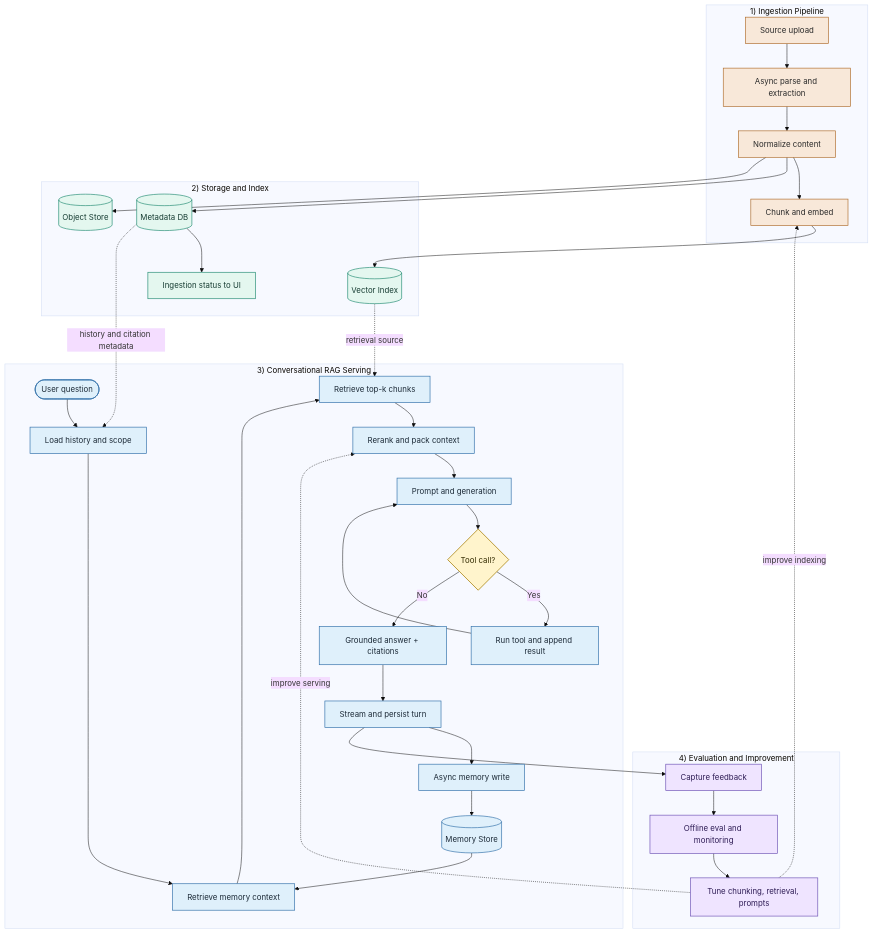
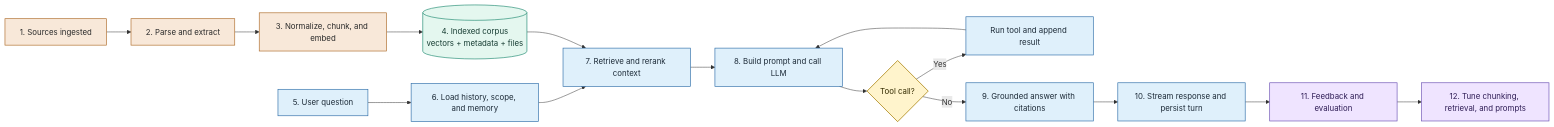
Before and after one commit to AquiLLM/AquiLLM: the second of 3 diagrams in docs/documents/architecture/aquillm-architecture-paper-simplified.md, drawn with Mermaid.

Commit message:
Docs: Attempt to fix github chart rendering again

````diff
--- a/docs/documents/architecture/aquillm-architecture-paper-simplified.md
+++ b/docs/documents/architecture/aquillm-architecture-paper-simplified.md
@@ -72,66 +72,30 @@
 ```mermaid
-%%{init: {'theme': 'base', 'flowchart': {'curve': 'basis'}} }%%
-flowchart TB
-  subgraph A["1) Ingestion Pipeline"]
-    I1["Source upload"]
-    I2["Async parse and extraction"]
-    I3["Normalize content"]
-    I4["Chunk and embed"]
-    I1 --> I2 --> I3 --> I4
-  end
+flowchart LR
+  A["1. Sources ingested"] --> B["2. Parse and extract"]
+  B --> C["3. Normalize, chunk, and embed"]
+  C --> D[("4. Indexed corpus<br/>vectors + metadata + files")]
 
-  subgraph B["2) Storage and Index"]
-    S1[("Vector Index")]
-    S2[("Metadata DB")]
-    S3[("Object Store")]
-    S4["Ingestion status to UI"]
-  end
-
-  subgraph C["3) Conversational RAG Serving"]
-    Q1(["User question"])
-    Q2["Load history and scope"]
-    Q3["Retrieve memory context"]
-    Q4["Retrieve top-k chunks"]
-    Q5["Rerank and pack context"]
-    Q6["Prompt and generation"]
-    D{"Tool call?"}
-    T["Run tool and append result"]
-    Q7["Grounded answer + citations"]
-    Q8["Stream and persist turn"]
-    M1["Async memory write"]
-    M2[("Memory Store")]
-
-    Q1 --> Q2 --> Q3 --> Q4 --> Q5 --> Q6 --> D
-    D -->|Yes| T --> Q6
-    D -->|No| Q7 --> Q8 --> M1 --> M2 --> Q3
-  end
-
-  subgraph D1["4) Evaluation and Improvement"]
-    E1["Capture feedback"]
-    E2["Offline eval and monitoring"]
-    E3["Tune chunking, retrieval, prompts"]
-    E1 --> E2 --> E3
-  end
-
-  I3 --> S2
-  I3 --> S3
-  I4 --> S1
-  S2 --> S4
-  S2 -. history and citation metadata .-> Q2
-  S1 -. retrieval source .-> Q4
-  Q8 --> E1
-  E3 -. improve indexing .-> I4
-  E3 -. improve serving .-> Q5
+  E["5. User question"] --> F["6. Load history, scope, and memory"]
+  F --> G["7. Retrieve and rerank context"]
+  D --> G
+  G --> H["8. Build prompt and call LLM"]
+  H --> I{"Tool call?"}
+  I -->|Yes| J["Run tool and append result"]
+  J --> H
+  I -->|No| K["9. Grounded answer with citations"]
+  K --> L["10. Stream response and persist turn"]
+  L --> M["11. Feedback and evaluation"]
+  M --> N["12. Tune chunking, retrieval, and prompts"]
 
   classDef ingest fill:#f8e8d9,stroke:#ad6a28,stroke-width:1.3px,color:#2a2a2a;
   classDef store fill:#e4f7ef,stroke:#1f8a70,stroke-width:1.3px,color:#173d33;
   classDef runtime fill:#dff0fb,stroke:#2d6da8,stroke-width:1.3px,color:#1d2b38;
   classDef decision fill:#fff4cc,stroke:#a67c00,stroke-width:1.5px,color:#332b00;
   classDef eval fill:#efe4ff,stroke:#6a4fb3,stroke-width:1.3px,color:#2f1d56;
 
-  class I1,I2,I3,I4 ingest;
-  class S1,S2,S3,S4 store;
-  class Q1,Q2,Q3,Q4,Q5,Q6,Q7,Q8,T,M1,M2 runtime;
-  class D decision;
-  class E1,E2,E3 eval;
+  class A,B,C ingest;
+  class D store;
+  class E,F,G,H,J,K,L runtime;
+  class I decision;
+  class M,N eval;
 ```
````
